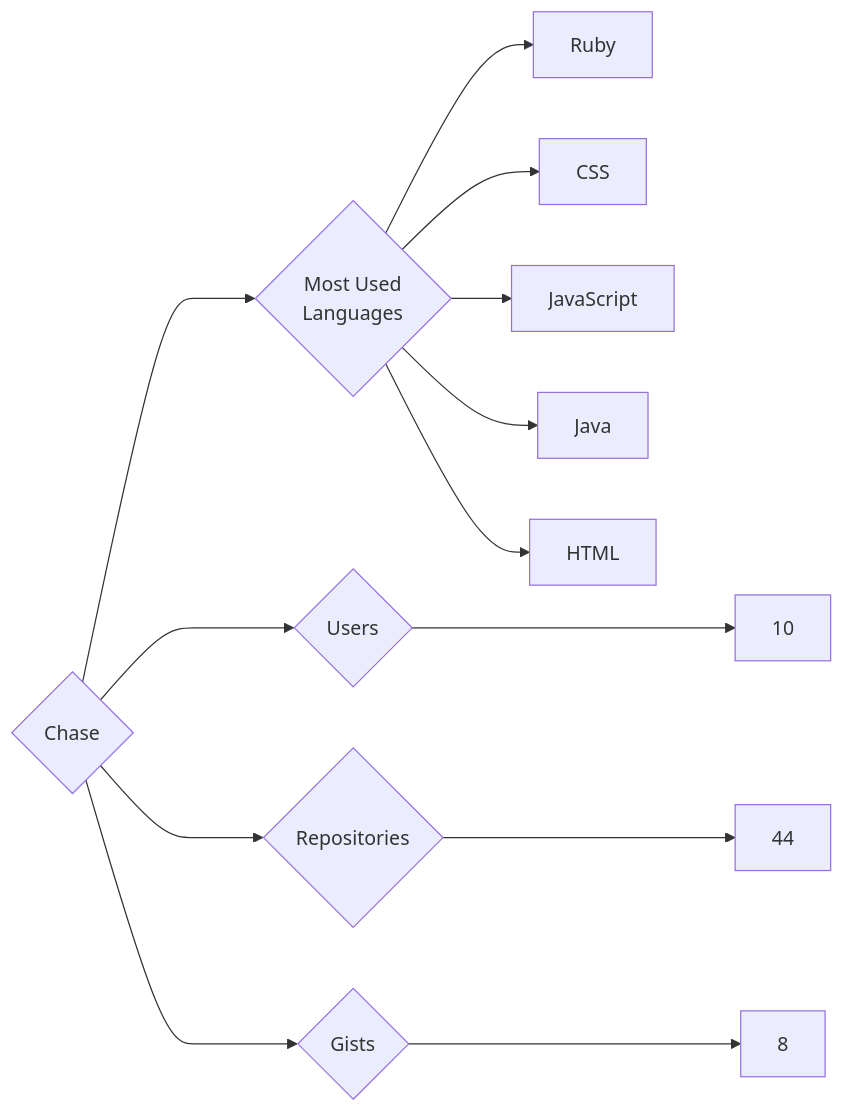
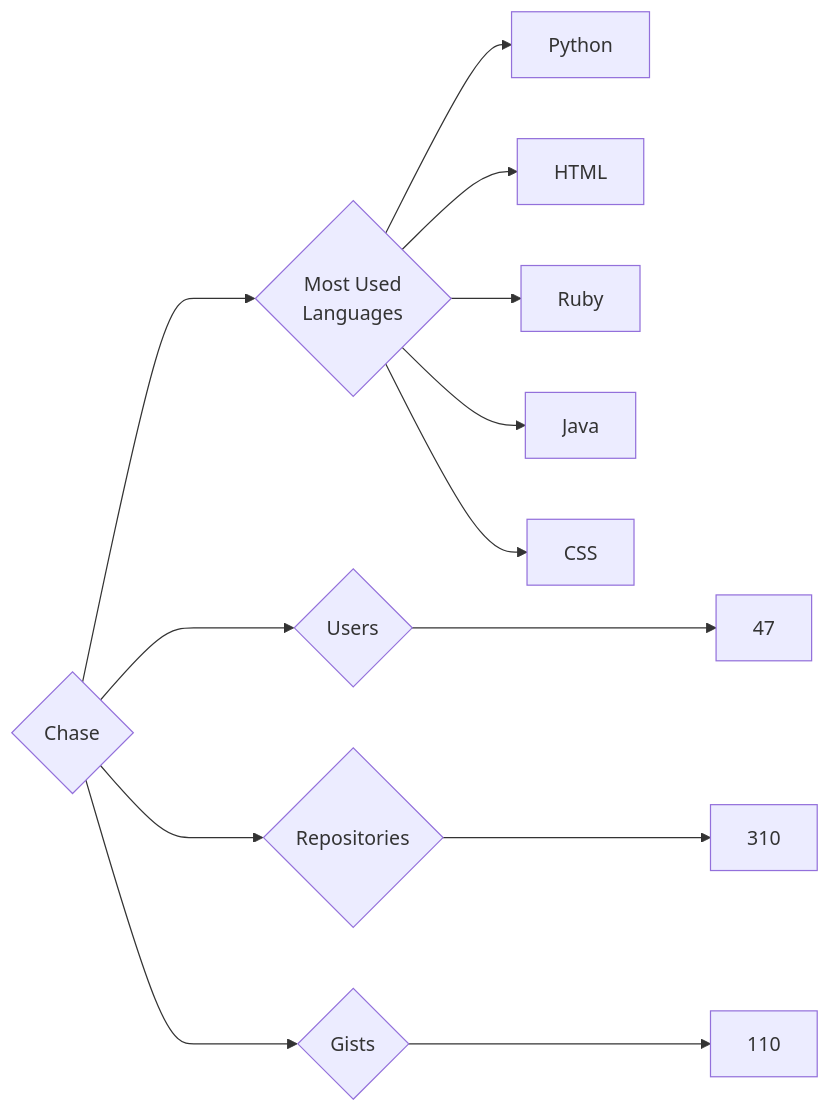
Before and after one commit to trickest/insiders: the diagram in targets/Chase/README.md, drawn with Mermaid. The commit also changed 873 other files, not shown here.

````diff
--- a/targets/Chase/README.md
+++ b/targets/Chase/README.md
@@ -3,13 +3,13 @@
 ```mermaid
 graph LR
 COMPANY_NAME{Chase}
-COMPANY_NAME ---> U{Users} ---> UN[10]
-COMPANY_NAME ---> R{Repositories} ---> RN[44]
-COMPANY_NAME ---> G{Gists} ---> GN[8]
+COMPANY_NAME ---> U{Users} ---> UN[47]
+COMPANY_NAME ---> R{Repositories} ---> RN[310]
+COMPANY_NAME ---> G{Gists} ---> GN[110]
 COMPANY_NAME ---> ML{Most Used<br>Languages}
+ML --> Python[Python]
+ML --> HTML[HTML]
 ML --> Ruby[Ruby]
+ML --> Java[Java]
 ML --> CSS[CSS]
-ML --> JavaScript[JavaScript]
-ML --> Java[Java]
-ML --> HTML[HTML]
 ```
````
